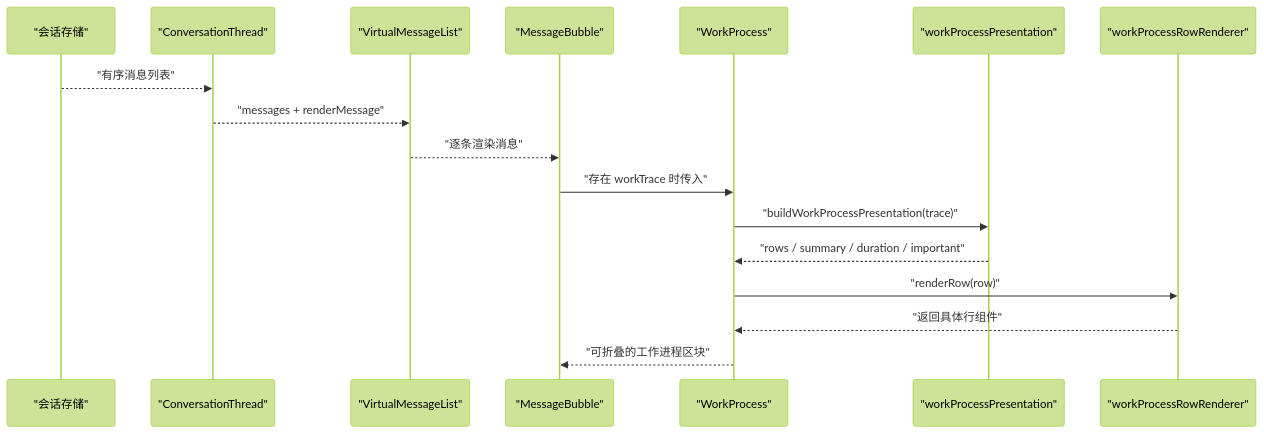
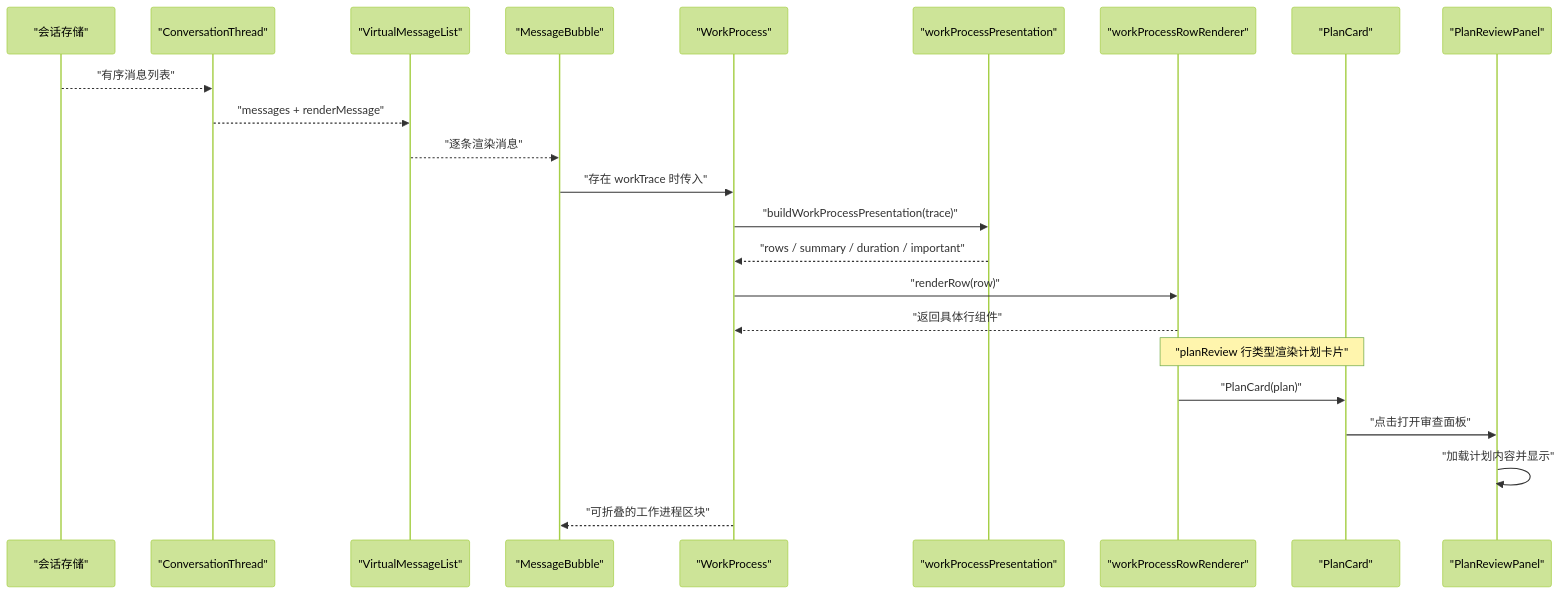
Before and after one commit to haolange/RDC-Agent: the second of 7 diagrams in .qoder/repowiki/zh/content/用户界面/调试视图.md, drawn with Mermaid (forest theme). The commit also changed other lines of this file and 208 other files, not shown here.

````diff
--- a/.qoder/repowiki/zh/content/用户界面/调试视图.md
+++ b/.qoder/repowiki/zh/content/用户界面/调试视图.md
@@ -93,19 +107,25 @@
 ```mermaid
 sequenceDiagram
 participant Store as "会话存储"
 participant Thread as "ConversationThread"
 participant VList as "VirtualMessageList"
 participant Bubble as "MessageBubble"
 participant WP as "WorkProcess"
 participant Proj as "workProcessPresentation"
 participant RowR as "workProcessRowRenderer"
+participant PlanCard as "PlanCard"
+participant Panel as "PlanReviewPanel"
 Store-->>Thread : "有序消息列表"
 Thread-->>VList : "messages + renderMessage"
 VList-->>Bubble : "逐条渲染消息"
 Bubble->>WP : "存在 workTrace 时传入"
 WP->>Proj : "buildWorkProcessPresentation(trace)"
 Proj-->>WP : "rows / summary / duration / important"
 WP->>RowR : "renderRow(row)"
 RowR-->>WP : "返回具体行组件"
+Note over RowR,PlanCard : "planReview 行类型渲染计划卡片"
+RowR->>PlanCard : "PlanCard(plan)"
+PlanCard->>Panel : "点击打开审查面板"
+Panel->>Panel : "加载计划内容并显示"
 WP-->>Bubble : "可折叠的工作进程区块"
 ```
````
